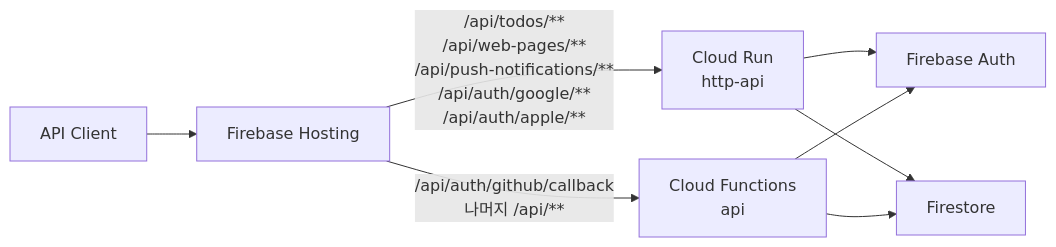
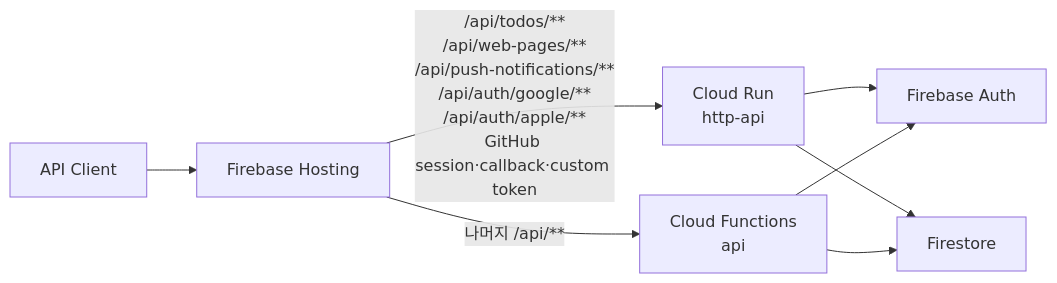
The first of 2 diagrams in README.md (opficdev/DevLog_Firebase), drawn with Mermaid before and after one commit. The commit also changed other lines of this file and 40 other files, not shown here.

First line of the commit message:
[#89] GitHub 로그인 session API를 NestJS로 이전한다 (#96)

````diff
--- a/README.md
+++ b/README.md
@@ -17,10 +17,10 @@
 ```mermaid
 flowchart LR
 	Client["API Client"] --> Hosting["Firebase Hosting"]
-	Hosting -->|"/api/todos/**<br/>/api/web-pages/**<br/>/api/push-notifications/**<br/>/api/auth/google/**<br/>/api/auth/apple/**"| CloudRun["Cloud Run<br/>http-api"]
-	Hosting -->|"/api/auth/github/callback<br/>나머지 /api/**"| Functions["Cloud Functions<br/>api"]
+	Hosting -->|"/api/todos/**<br/>/api/web-pages/**<br/>/api/push-notifications/**<br/>/api/auth/google/**<br/>/api/auth/apple/**<br/>GitHub session·callback·custom token"| CloudRun["Cloud Run<br/>http-api"]
+	Hosting -->|"나머지 /api/**"| Functions["Cloud Functions<br/>api"]
 	CloudRun --> Auth["Firebase Auth"]
 	Functions --> Auth
 	CloudRun --> Firestore["Firestore"]
 	Functions --> Firestore
 ```
````
